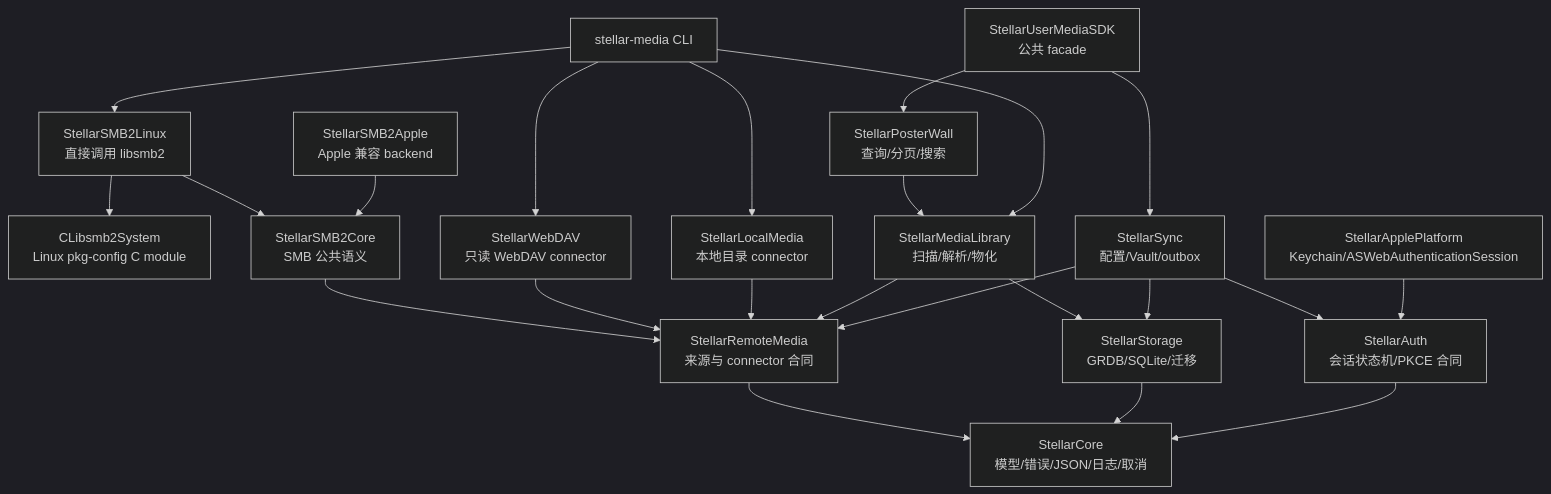
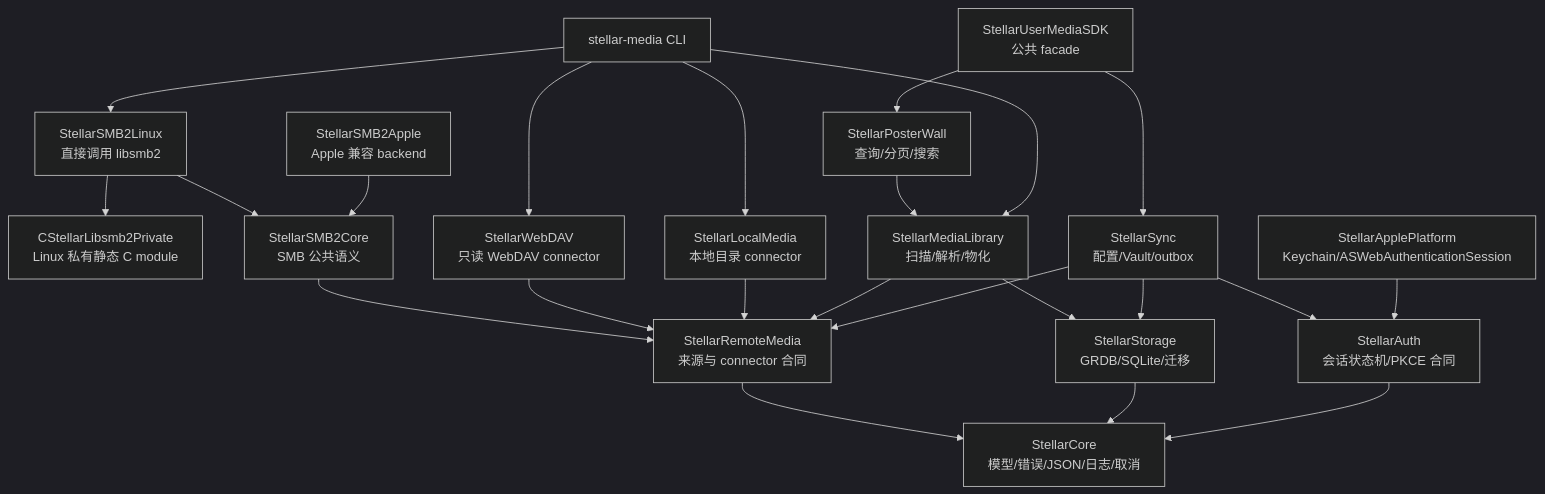
One commit to qietv/stellar-user-media-sdk changed the diagram in docs/plans/swift-reference-implementation.md. Above: the diagram before and after it, drawn with Mermaid (dark theme). The commit also changed other lines of this file and 22 other files, not shown here.

````diff
--- a/docs/plans/swift-reference-implementation.md
+++ b/docs/plans/swift-reference-implementation.md
@@ -83,27 +88,27 @@
 ```mermaid
 flowchart TD
     Core["StellarCore\n模型/错误/JSON/日志/取消"]
     Remote["StellarRemoteMedia\n来源与 connector 合同"] --> Core
-    CSMB["CLibsmb2System\nLinux pkg-config C module"]
+    CSMB["CStellarLibsmb2Private\nLinux 私有静态 C module"]
     SMB["StellarSMB2Core\nSMB 公共语义"] --> Remote
     SMBLinux["StellarSMB2Linux\n直接调用 libsmb2"] --> SMB
     SMBLinux --> CSMB
     SMBApple["StellarSMB2Apple\nApple 兼容 backend"] --> SMB
     WebDAV["StellarWebDAV\n只读 WebDAV connector"] --> Remote
     Local["StellarLocalMedia\n本地目录 connector"] --> Remote
     Storage["StellarStorage\nGRDB/SQLite/迁移"] --> Core
     Library["StellarMediaLibrary\n扫描/解析/物化"] --> Remote
     Library --> Storage
     Wall["StellarPosterWall\n查询/分页/搜索"] --> Library
     Auth["StellarAuth\n会话状态机/PKCE 合同"] --> Core
     Sync["StellarSync\n配置/Vault/outbox"] --> Auth
     Sync --> Storage
     Sync --> Remote
     Apple["StellarApplePlatform\nKeychain/ASWebAuthenticationSession"] --> Auth
     Facade["StellarUserMediaSDK\n公共 facade"] --> Wall
     Facade --> Sync
     CLI["stellar-media CLI"] --> Library
     CLI --> SMBLinux
     CLI --> WebDAV
     CLI --> Local
 ```
````
